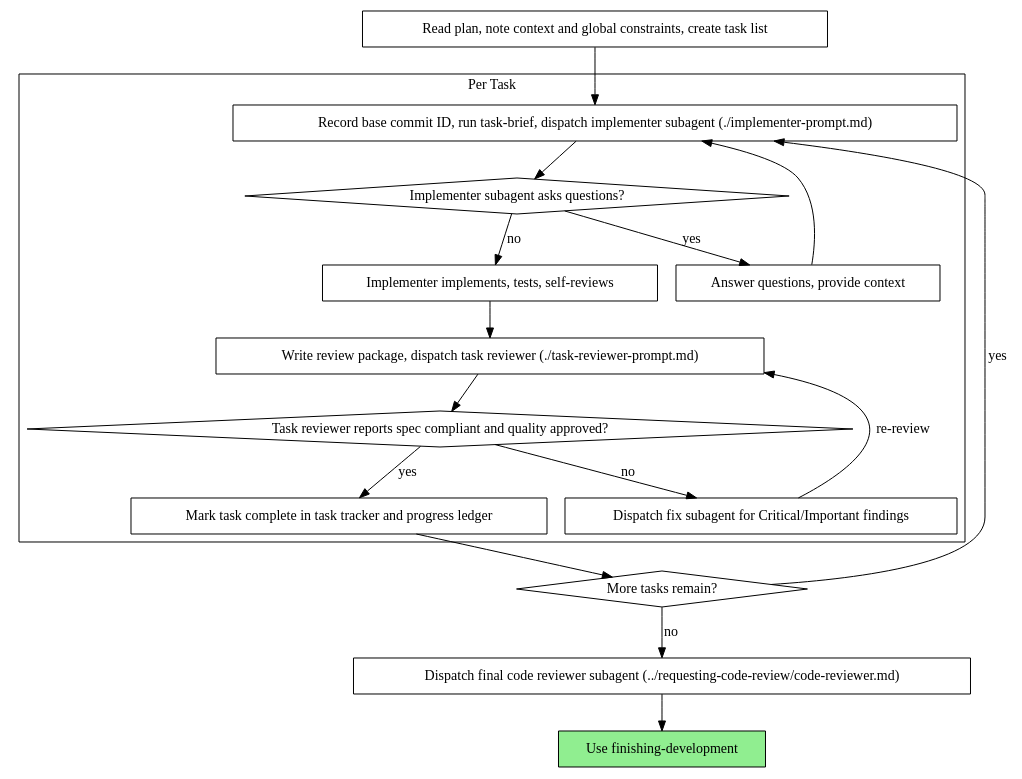
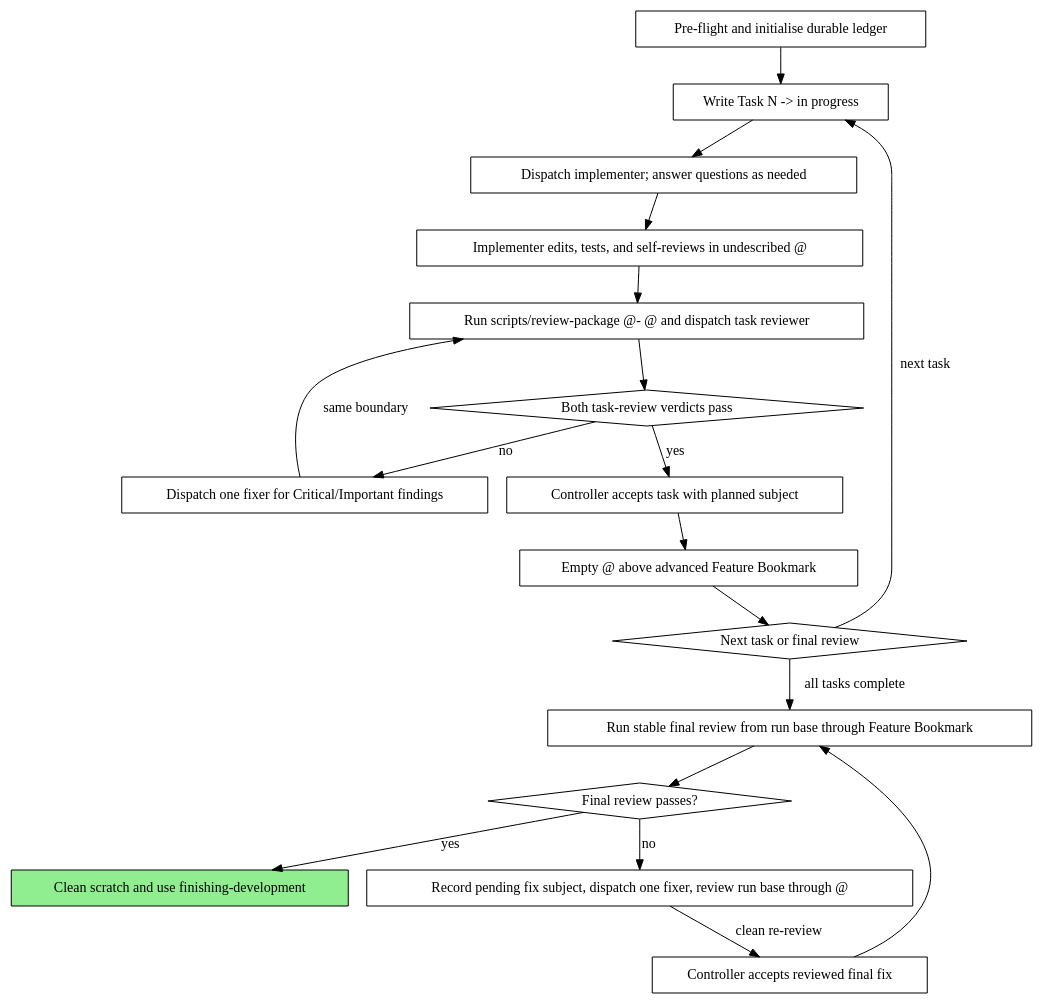
The second of 2 diagrams in skills/subagent-driven-development/SKILL.md (j10t-dev/1337-skills), drawn with Graphviz before and after one commit. The commit also changed other lines of this file and 11 other files, not shown here.

Commit message:
feat: add controller-owned plan execution commits

````diff
--- a/skills/subagent-driven-development/SKILL.md
+++ b/skills/subagent-driven-development/SKILL.md
@@ -52,37 +52,39 @@
 ```dot
 digraph process {
     rankdir=TB;
 
-    subgraph cluster_per_task {
-        label="Per Task";
-        "Record base commit ID, run task-brief, dispatch implementer subagent (./implementer-prompt.md)" [shape=box];
-        "Implementer subagent asks questions?" [shape=diamond];
-        "Answer questions, provide context" [shape=box];
-        "Implementer implements, tests, self-reviews" [shape=box];
-        "Write review package, dispatch task reviewer (./task-reviewer-prompt.md)" [shape=box];
-        "Task reviewer reports spec compliant and quality approved?" [shape=diamond];
-        "Dispatch fix subagent for Critical/Important findings" [shape=box];
-        "Mark task complete in task tracker and progress ledger" [shape=box];
-    }
+    "Pre-flight and initialise durable ledger" [shape=box];
+    "Write Task N -> in progress" [shape=box];
+    "Dispatch implementer; answer questions as needed" [shape=box];
+    "Implementer edits, tests, and self-reviews in undescribed @" [shape=box];
+    "Run scripts/review-package @- @ and dispatch task reviewer" [shape=box];
+    "Both task-review verdicts pass" [shape=diamond];
+    "Dispatch one fixer for Critical/Important findings" [shape=box];
+    "Controller accepts task with planned subject" [shape=box];
+    "Empty @ above advanced Feature Bookmark" [shape=box];
+    "Next task or final review" [shape=diamond];
+    "Run stable final review from run base through Feature Bookmark" [shape=box];
+    "Final review passes?" [shape=diamond];
+    "Record pending fix subject, dispatch one fixer, review run base through @" [shape=box];
+    "Controller accepts reviewed final fix" [shape=box];
+    "Clean scratch and use finishing-development" [shape=box style=filled fillcolor=lightgreen];
 
-    "Read plan, note context and global constraints, create task list" [shape=box];
-    "More tasks remain?" [shape=diamond];
-    "Dispatch final code reviewer subagent (../requesting-code-review/code-reviewer.md)" [shape=box];
-    "Use finishing-development" [shape=box style=filled fillcolor=lightgreen];
-
-    "Read plan, note context and global constraints, create task list" -> "Record base commit ID, run task-brief, dispatch implementer subagent (./implementer-prompt.md)";
-    "Record base commit ID, run task-brief, dispatch implementer subagent (./implementer-prompt.md)" -> "Implementer subagent asks questions?";
-    "Implementer subagent asks questions?" -> "Answer questions, provide context" [label="yes"];
-    "Answer questions, provide context" -> "Record base commit ID, run task-brief, dispatch implementer subagent (./implementer-prompt.md)";
-    "Implementer subagent asks questions?" -> "Implementer implements, tests, self-reviews" [label="no"];
-    "Implementer implements, tests, self-reviews" -> "Write review package, dispatch task reviewer (./task-reviewer-prompt.md)";
-    "Write review package, dispatch task reviewer (./task-reviewer-prompt.md)" -> "Task reviewer reports spec compliant and quality approved?";
-    "Task reviewer reports spec compliant and quality approved?" -> "Dispatch fix subagent for Critical/Important findings" [label="no"];
-    "Dispatch fix subagent for Critical/Important findings" -> "Write review package, dispatch task reviewer (./task-reviewer-prompt.md)" [label="re-review"];
-    "Task reviewer reports spec compliant and quality approved?" -> "Mark task complete in task tracker and progress ledger" [label="yes"];
-    "Mark task complete in task tracker and progress ledger" -> "More tasks remain?";
-    "More tasks remain?" -> "Record base commit ID, run task-brief, dispatch implementer subagent (./implementer-prompt.md)" [label="yes"];
-    "More tasks remain?" -> "Dispatch final code reviewer subagent (../requesting-code-review/code-reviewer.md)" [label="no"];
-    "Dispatch final code reviewer subagent (../requesting-code-review/code-reviewer.md)" -> "Use finishing-development";
+    "Pre-flight and initialise durable ledger" -> "Write Task N -> in progress";
+    "Write Task N -> in progress" -> "Dispatch implementer; answer questions as needed";
+    "Dispatch implementer; answer questions as needed" -> "Implementer edits, tests, and self-reviews in undescribed @";
+    "Implementer edits, tests, and self-reviews in undescribed @" -> "Run scripts/review-package @- @ and dispatch task reviewer";
+    "Run scripts/review-package @- @ and dispatch task reviewer" -> "Both task-review verdicts pass";
+    "Both task-review verdicts pass" -> "Dispatch one fixer for Critical/Important findings" [label="no"];
+    "Dispatch one fixer for Critical/Important findings" -> "Run scripts/review-package @- @ and dispatch task reviewer" [label="same boundary"];
+    "Both task-review verdicts pass" -> "Controller accepts task with planned subject" [label="yes"];
+    "Controller accepts task with planned subject" -> "Empty @ above advanced Feature Bookmark";
+    "Empty @ above advanced Feature Bookmark" -> "Next task or final review";
+    "Next task or final review" -> "Write Task N -> in progress" [label="next task"];
+    "Next task or final review" -> "Run stable final review from run base through Feature Bookmark" [label="all tasks complete"];
+    "Run stable final review from run base through Feature Bookmark" -> "Final review passes?";
+    "Final review passes?" -> "Clean scratch and use finishing-development" [label="yes"];
+    "Final review passes?" -> "Record pending fix subject, dispatch one fixer, review run base through @" [label="no"];
+    "Record pending fix subject, dispatch one fixer, review run base through @" -> "Controller accepts reviewed final fix" [label="clean re-review"];
+    "Controller accepts reviewed final fix" -> "Run stable final review from run base through Feature Bookmark";
 }
 ```
````
